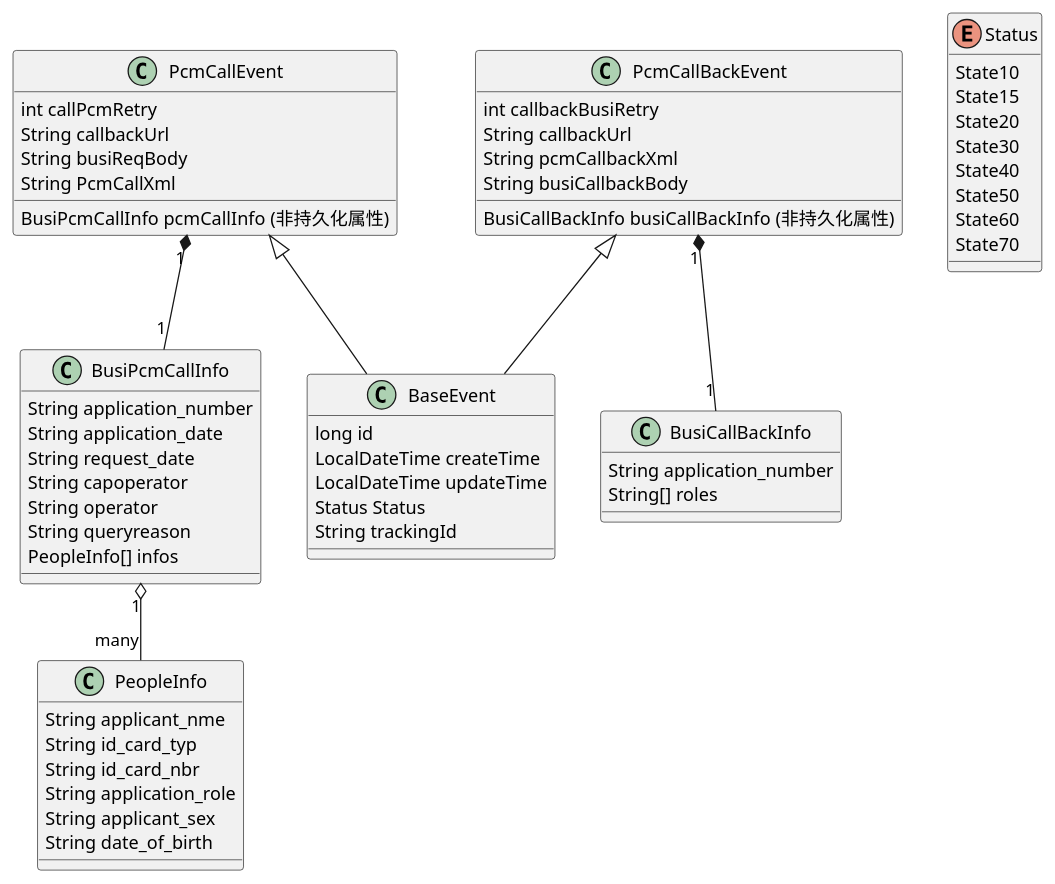
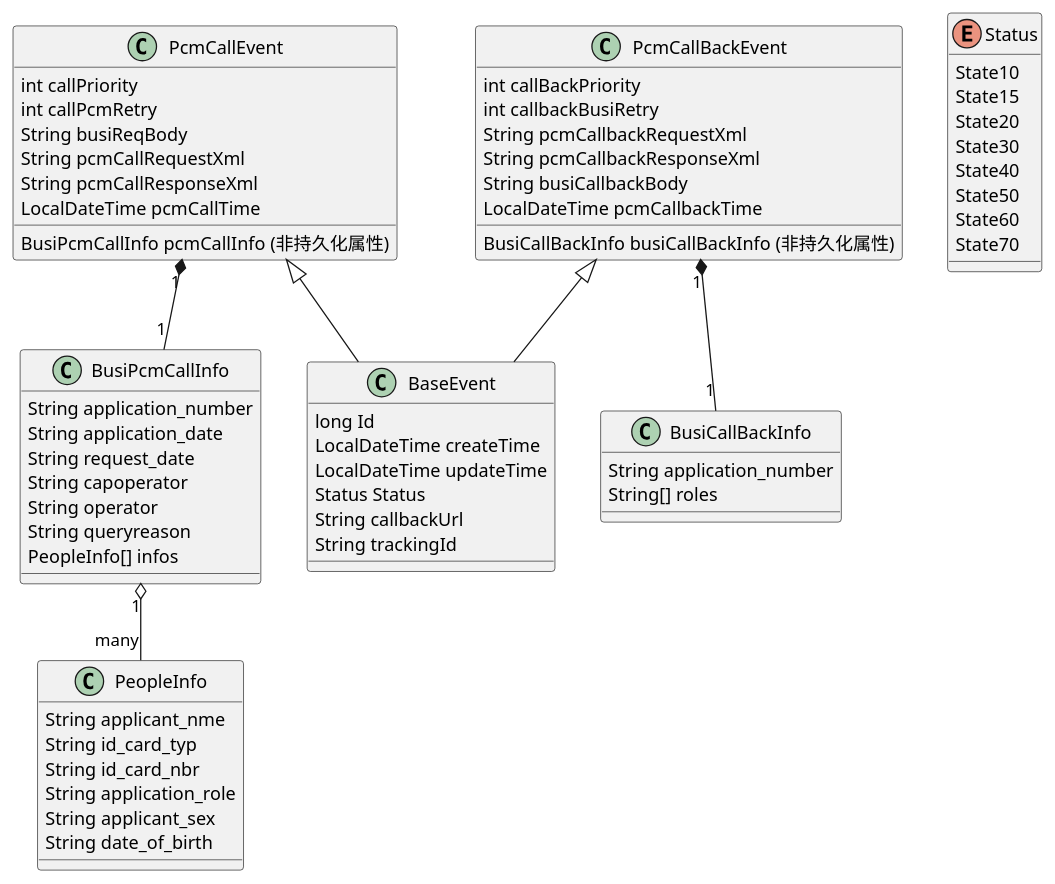
Before and after one commit to 0xff1234/xiaoshujiang: the fourth of 4 diagrams in PcmDispatcher设计文档.md, drawn with PlantUML. The commit also changed other lines of this file, not shown here.

Commit message:
修改文件: PcmDispatcher设计文档.md

````diff
--- a/PcmDispatcher设计文档.md
+++ b/PcmDispatcher设计文档.md
@@ -146,69 +146,74 @@
 ``` plantuml!
 @startuml
 class BaseEvent {
-  long id
+  long Id
   LocalDateTime createTime
   LocalDateTime updateTime
   Status Status
+  String callbackUrl
   String trackingId
 }
 
 class PcmCallEvent {
+  int callPriority
   int callPcmRetry
-  String callbackUrl
   String busiReqBody
-  String PcmCallXml
+  String pcmCallRequestXml
+  String pcmCallResponseXml
+  LocalDateTime pcmCallTime
   BusiPcmCallInfo pcmCallInfo (非持久化属性)
 }
 
 class PcmCallBackEvent {
+  int callBackPriority
   int callbackBusiRetry
-  String callbackUrl
-  String pcmCallbackXml
+  String pcmCallbackRequestXml
+  String pcmCallbackResponseXml
   String busiCallbackBody
+  LocalDateTime pcmCallbackTime
   BusiCallBackInfo busiCallBackInfo (非持久化属性)
 }
 
 class BusiCallBackInfo{
   String application_number
   String[] roles 
 }
 
 class BusiPcmCallInfo{
   String application_number
   String application_date
   String request_date
   String capoperator
   String operator
   String queryreason
   PeopleInfo[] infos 
 }
 
 class PeopleInfo{
   String applicant_nme
   String id_card_typ
   String id_card_nbr
   String application_role
   String applicant_sex
   String date_of_birth
 }
 
 BusiPcmCallInfo "1" o-- "many" PeopleInfo
 PcmCallEvent <|-- BaseEvent
 PcmCallEvent "1" *-- "1" BusiPcmCallInfo
 
 PcmCallBackEvent <|-- BaseEvent
 PcmCallBackEvent "1" *-- "1" BusiCallBackInfo
 
 enum Status {
   State10
   State15
   State20
   State30
   State40
   State50
   State60
   State70
 }
 @enduml
 ```
````
